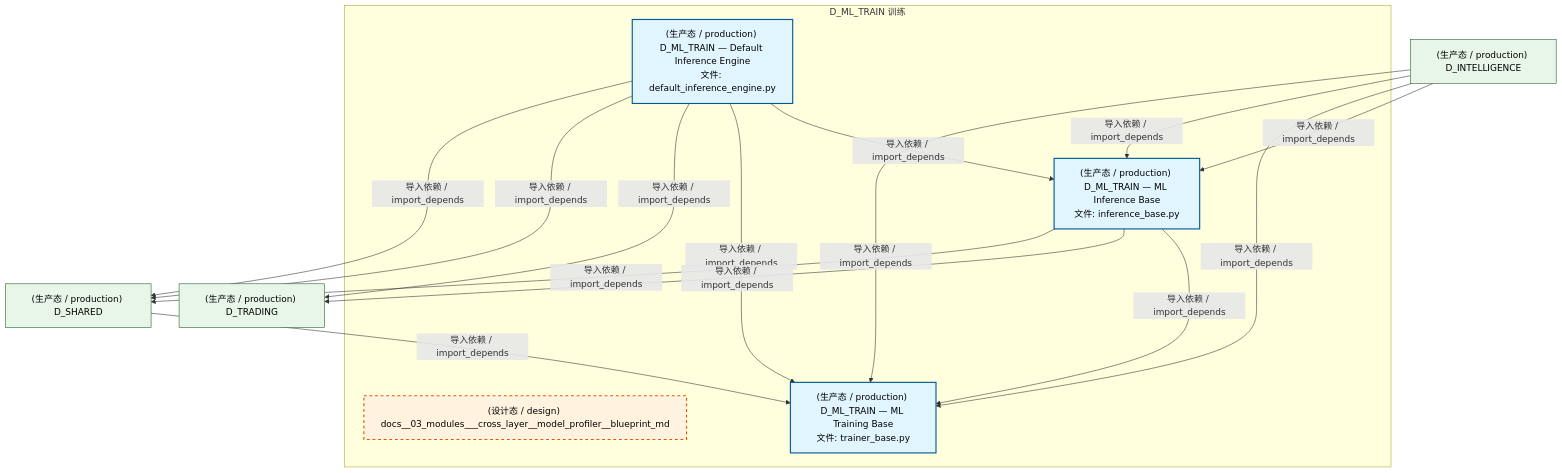
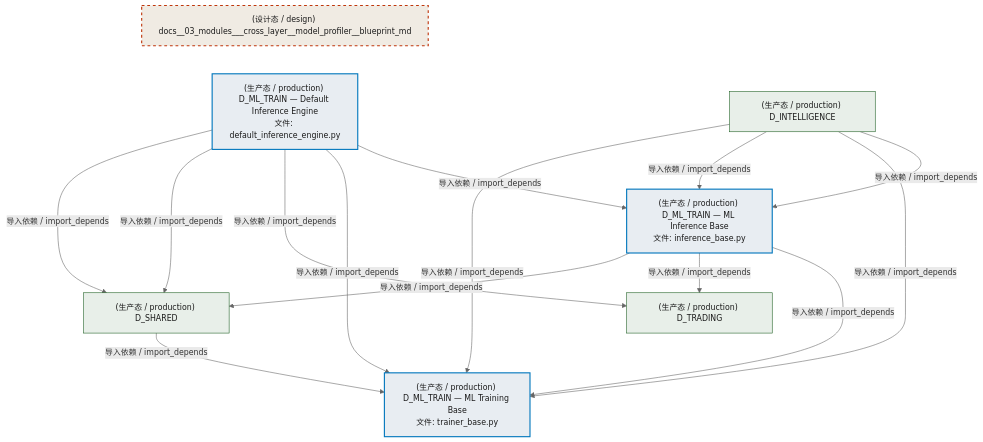
The first of 4 diagrams in docs/02_enterprise_architecture/02_domain_architecture_docs/61_d_ml_train.md (xuanFelixVan/ZephyrAlpha), drawn with Mermaid before and after one commit. The commit also changed other lines of this file and 76 other files, not shown here.

````diff
--- a/docs/02_enterprise_architecture/02_domain_architecture_docs/61_d_ml_train.md
+++ b/docs/02_enterprise_architecture/02_domain_architecture_docs/61_d_ml_train.md
@@ -64,32 +64,32 @@
 ```mermaid
-graph TD
-    subgraph D_ML_TRAIN["D_ML_TRAIN 训练"]
-        docs_03_modules_cross_layer_model_profiler_blueprint_md["(设计态 / design) docs__03_modules___cross_layer__model_profiler__blueprint_md"]
-        src_zephyr_ml_train_implementations_default_inference_engine_py["(生产态 / production) D_ML_TRAIN — Default Inference Engine<br/>文件: default_inference_engine.py"]
-        src_zephyr_ml_train_inference_base_py["(生产态 / production) D_ML_TRAIN — ML Inference Base<br/>文件: inference_base.py"]
-        src_zephyr_ml_train_trainer_base_py["(生产态 / production) D_ML_TRAIN — ML Training Base<br/>文件: trainer_base.py"]
-    end
+%%{init: {'theme': 'base', 'themeVariables': {'primaryColor': '#eaeaea', 'primaryTextColor': '#333333', 'primaryBorderColor': '#666666', 'lineColor': '#666666', 'secondaryColor': '#eaeaea', 'tertiaryColor': '#eaeaea', 'fontSize': '14px'}}}%%
+flowchart TD
+    docs_03_modules_cross_layer_model_profiler_blueprint_md["(设计态 / design) docs__03_modules___cross_layer__model_profiler__blueprint_md"]
+    src_zephyr_ml_train_implementations_default_inference_engine_py["(生产态 / production) D_ML_TRAIN — Default Inference Engine<br/>文件: default_inference_engine.py"]
+    docs_03_modules_cross_layer_model_profiler_blueprint_md ~~~ src_zephyr_ml_train_implementations_default_inference_engine_py
+    src_zephyr_ml_train_inference_base_py["(生产态 / production) D_ML_TRAIN — ML Inference Base<br/>文件: inference_base.py"]
+    src_zephyr_ml_train_trainer_base_py["(生产态 / production) D_ML_TRAIN — ML Training Base<br/>文件: trainer_base.py"]
     src_zephyr_ml_train_inference_base_py -->|导入依赖 / import_depends| src_zephyr_ml_train_trainer_base_py
     src_zephyr_ml_train_implementations_default_inference_engine_py -->|导入依赖 / import_depends| src_zephyr_ml_train_inference_base_py
     src_zephyr_ml_train_implementations_default_inference_engine_py -->|导入依赖 / import_depends| src_zephyr_ml_train_trainer_base_py
     D_TRADING["(生产态 / production) D_TRADING"]
     src_zephyr_ml_train_inference_base_py -->|导入依赖 / import_depends| D_TRADING
-    src_zephyr_ml_train_implementations_default_inference_engine_py -->|导入依赖 / import_depends| D_TRADING
     D_SHARED["(生产态 / production) D_SHARED"]
     src_zephyr_ml_train_inference_base_py -->|导入依赖 / import_depends| D_SHARED
+    src_zephyr_ml_train_implementations_default_inference_engine_py -->|导入依赖 / import_depends| D_TRADING
     src_zephyr_ml_train_implementations_default_inference_engine_py -->|导入依赖 / import_depends| D_SHARED
     src_zephyr_ml_train_implementations_default_inference_engine_py -->|导入依赖 / import_depends| D_SHARED
     D_INTELLIGENCE["(生产态 / production) D_INTELLIGENCE"]
     D_INTELLIGENCE -->|导入依赖 / import_depends| src_zephyr_ml_train_inference_base_py
     D_INTELLIGENCE -->|导入依赖 / import_depends| src_zephyr_ml_train_trainer_base_py
     D_SHARED -->|导入依赖 / import_depends| src_zephyr_ml_train_trainer_base_py
     D_INTELLIGENCE -->|导入依赖 / import_depends| src_zephyr_ml_train_inference_base_py
     D_INTELLIGENCE -->|导入依赖 / import_depends| src_zephyr_ml_train_trainer_base_py
-    classDef production fill:#e1f5fe,stroke:#01579b,stroke-width:2px,color:#000
-    classDef design fill:#fff3e0,stroke:#e65100,stroke-width:2px,color:#000,stroke-dasharray: 5 5
-    classDef external_prod fill:#e8f5e9,stroke:#1b5e20,stroke-width:1px,color:#000
-    classDef external_design fill:#fce4ec,stroke:#880e4f,stroke-width:1px,color:#000,stroke-dasharray: 5 5
+    classDef production fill:#e8edf2,stroke:#0277bd,stroke-width:2px,color:#1a1a1a
+    classDef design fill:#f0ebe3,stroke:#bf360c,stroke-width:2px,color:#1a1a1a,stroke-dasharray: 5 5
+    classDef external_prod fill:#e8efe9,stroke:#1b5e20,stroke-width:1px,color:#1a1a1a
+    classDef external_design fill:#efe5ea,stroke:#880e4f,stroke-width:1px,color:#1a1a1a,stroke-dasharray: 5 5
     class src_zephyr_ml_train_implementations_default_inference_engine_py,src_zephyr_ml_train_inference_base_py,src_zephyr_ml_train_trainer_base_py production
     class docs_03_modules_cross_layer_model_profiler_blueprint_md design
     class D_TRADING,D_SHARED,D_INTELLIGENCE external_prod
 ```
````
